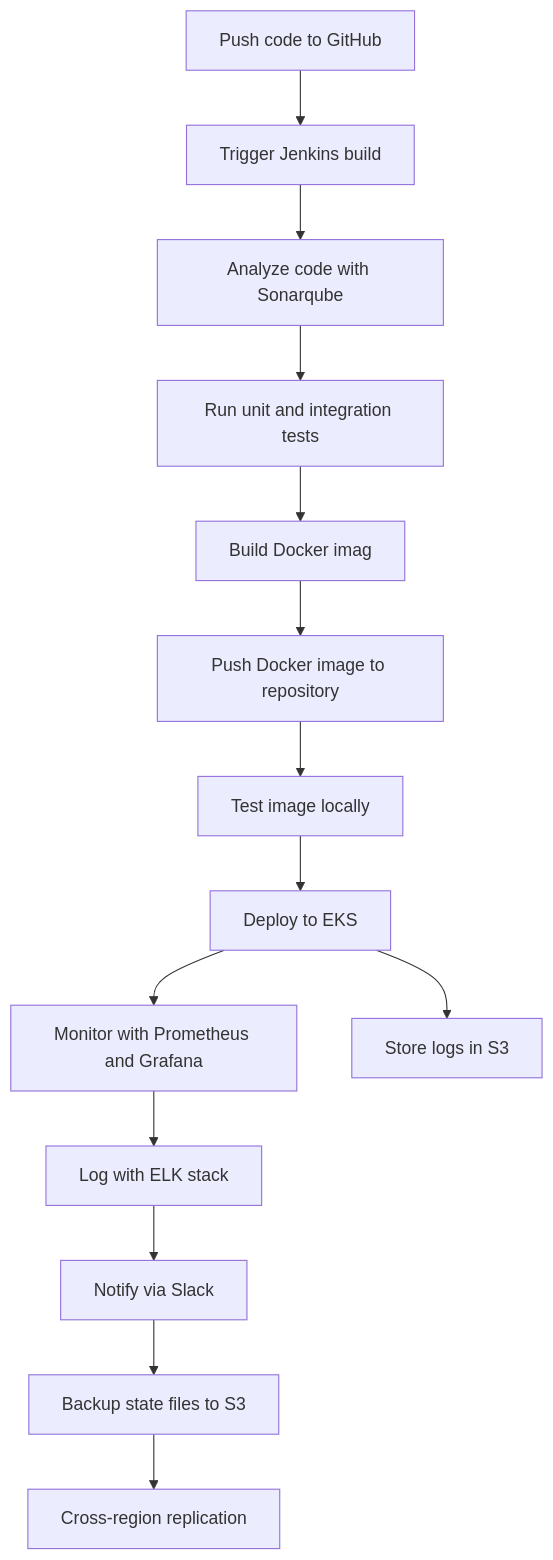
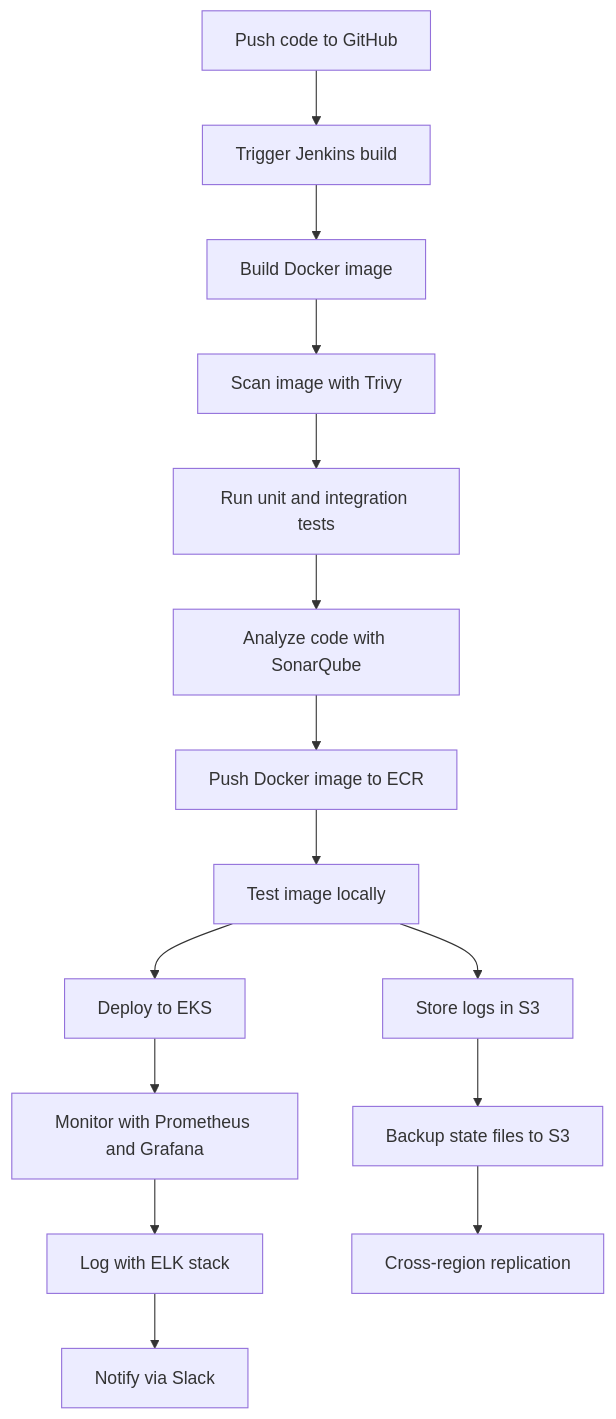
Before and after one commit to yoursmanjunad/CI-CD-Project---1: the diagram in README.md, drawn with Mermaid. The commit also changed other lines of this file, not shown here.

````diff
--- a/README.md
+++ b/README.md
@@ -86,16 +88,17 @@
 ```mermaid
 graph TD;
   A[Push code to GitHub] --> B[Trigger Jenkins build]
-  B --> C[Analyze code with Sonarqube]
-  C --> D[Run unit and integration tests]
-  D --> E[Build Docker imag]
-  E --> F[Push Docker image to repository]
-  F --> G[Test image locally]
-  G --> H[Deploy to EKS]
-  H --> I[Monitor with Prometheus and Grafana]
-  I --> J[Log with ELK stack]
-  J --> K[Notify via Slack]
-  H --> L[Store logs in S3]
-  K --> M[Backup state files to S3]
-  M --> N[Cross-region replication]
+  B --> C[Build Docker image]
+  C --> D[Scan image with Trivy]
+  D --> E[Run unit and integration tests]
+  E --> F[Analyze code with SonarQube]
+  F --> G[Push Docker image to ECR]
+  G --> H[Test image locally]
+  H --> I[Deploy to EKS]
+  I --> J[Monitor with Prometheus and Grafana]
+  J --> K[Log with ELK stack]
+  K --> L[Notify via Slack]
+  H --> M[Store logs in S3]
+  M --> N[Backup state files to S3]
+  N --> O[Cross-region replication]
 ```
````
